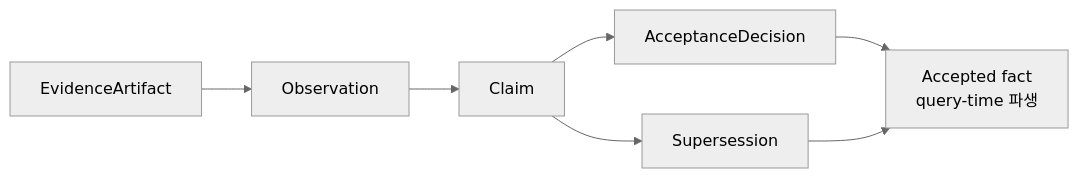
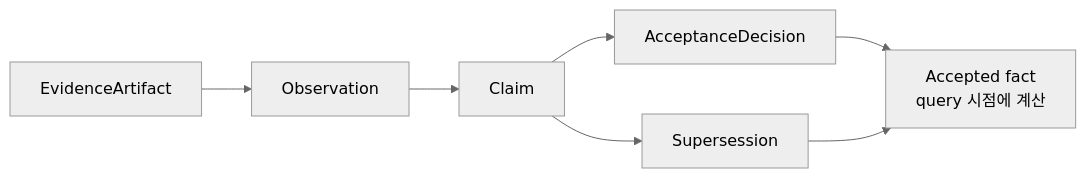
Before and after one commit to innocarpe/CarpeOS: the first of 3 diagrams in README.ko.md, drawn with Mermaid (neutral theme). The commit also changed other lines of this file and 2 other files, not shown here.

````diff
--- a/README.ko.md
+++ b/README.ko.md
@@ -81,9 +79,9 @@
 ```mermaid
 flowchart LR
   E[EvidenceArtifact] --> O[Observation]
   O --> C[Claim]
   C --> A[AcceptanceDecision]
   C --> S[Supersession]
-  A --> F[Accepted fact<br/>query-time 파생]
+  A --> F[Accepted fact<br/>query 시점에 계산]
   S --> F
 ```
````
